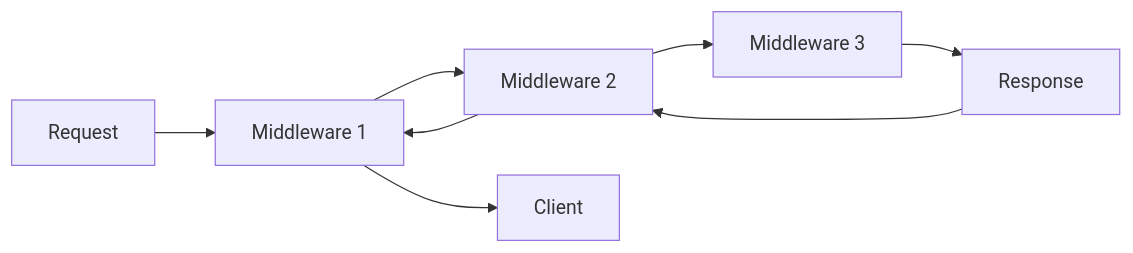
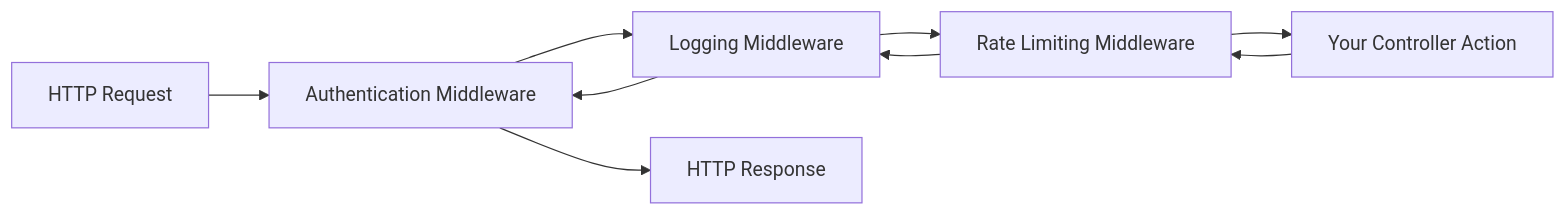
One commit to Mo7ammedd/mdx-portofolio changed the diagram in app/blog/3-ways-to-build-custom-middleware-in-aspnet-core/page.mdx. Above: the diagram before and after it, drawn with Mermaid. The commit also changed other lines of this file and 2 other files, not shown here.

````diff
--- a/app/blog/3-ways-to-build-custom-middleware-in-aspnet-core/page.mdx
+++ b/app/blog/3-ways-to-build-custom-middleware-in-aspnet-core/page.mdx
@@ -39,10 +43,11 @@
 ```mermaid
 graph LR
-    A[Request] --> B[Middleware 1]
-    B --> C[Middleware 2]
-    C --> D[Middleware 3]
-    D --> E[Response]
-    E --> C
+    A[HTTP Request] --> B[Authentication Middleware]
+    B --> C[Logging Middleware]
+    C --> D[Rate Limiting Middleware]
+    D --> E[Your Controller Action]
+    E --> D
+    D --> C
     C --> B
-    B --> F[Client]
+    B --> F[HTTP Response]
 ```
````
